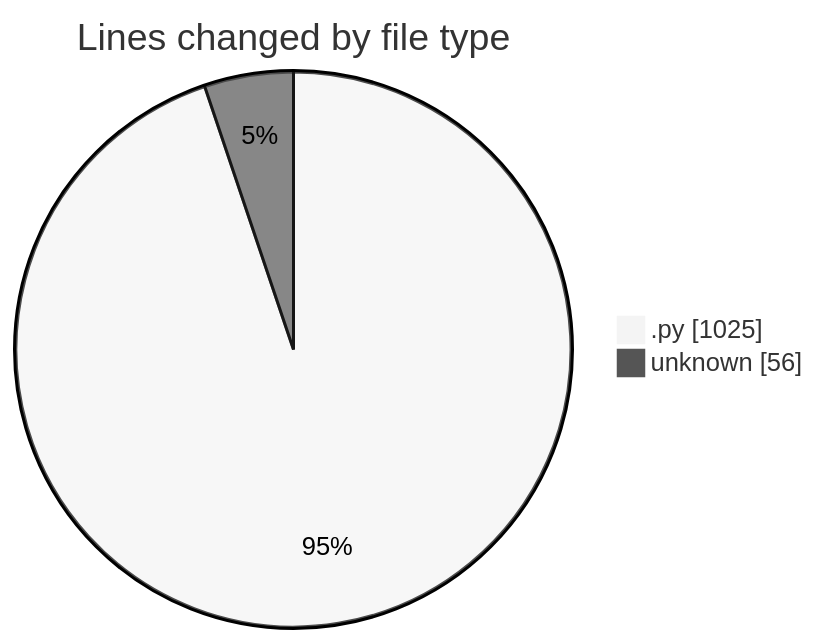
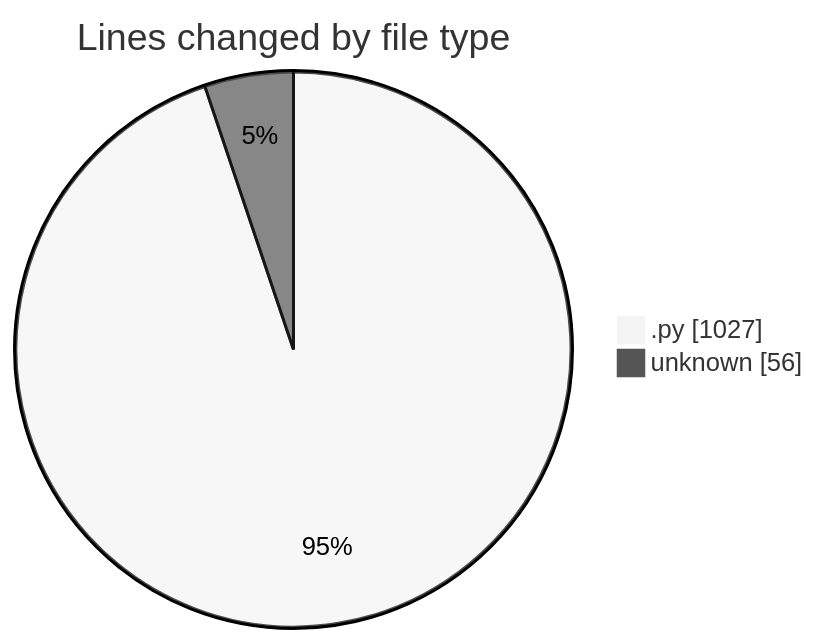
The first of 2 diagrams in 2025-03-17/myws__workspace_/README.md (MatusMokan/code-tracking), drawn with Mermaid (neutral theme) before and after one commit. The commit also changed other lines of this file and 1 other file, not shown here.

````diff
--- a/2025-03-17/myws__workspace_/README.md
+++ b/2025-03-17/myws__workspace_/README.md
@@ -25,6 +25,6 @@
 ```mermaid
 pie showData
 title Lines changed by file type
-".py" : 1025
+".py" : 1027
 "unknown" : 56
 ```
````
